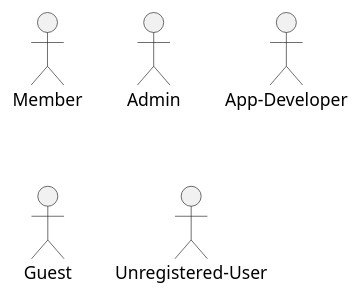
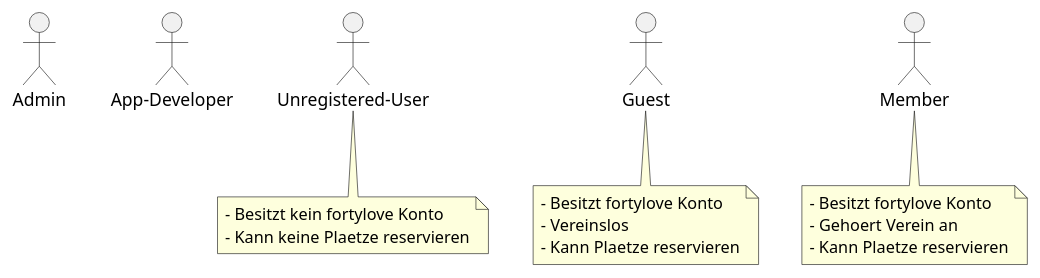
The diagram in documents/design/usecases/Actors.puml (incrediblybadcoder/fortylove), drawn with PlantUML before and after one commit. The commit also changed 4 other files, not shown here.

Commit message:
#85 UnregisteredUser, Guest und Member klarer Spezifiziert #85 Use cases für Unregistered User überarbeitet

```diff
--- a/documents/design/usecases/Actors.puml
+++ b/documents/design/usecases/Actors.puml
@@ -1,9 +1,10 @@
 @startuml
-
-actor :Member:
 actor :Admin:
 actor :App-Developer:
+actor :Unregistered-User:
+note bottom: - Besitzt kein fortylove Konto\n- Kann keine Plaetze reservieren
 actor :Guest:
-actor :Unregistered-User:
-
+note bottom: - Besitzt fortylove Konto\n- Vereinslos\n- Kann Plaetze reservieren
+actor :Member:
+note bottom: - Besitzt fortylove Konto\n- Gehoert Verein an\n- Kann Plaetze reservieren
 @enduml
```
